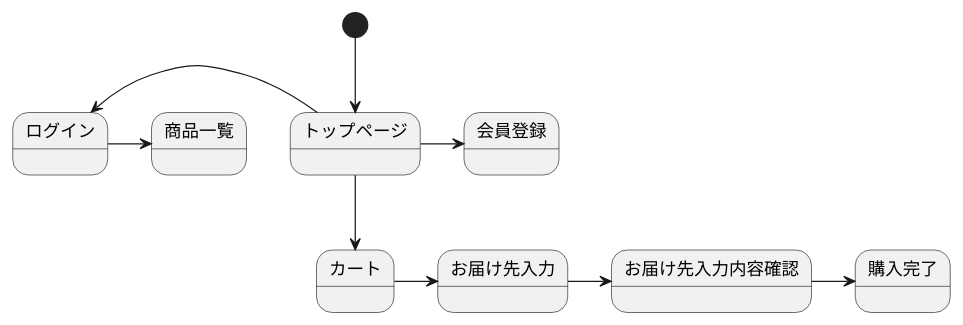
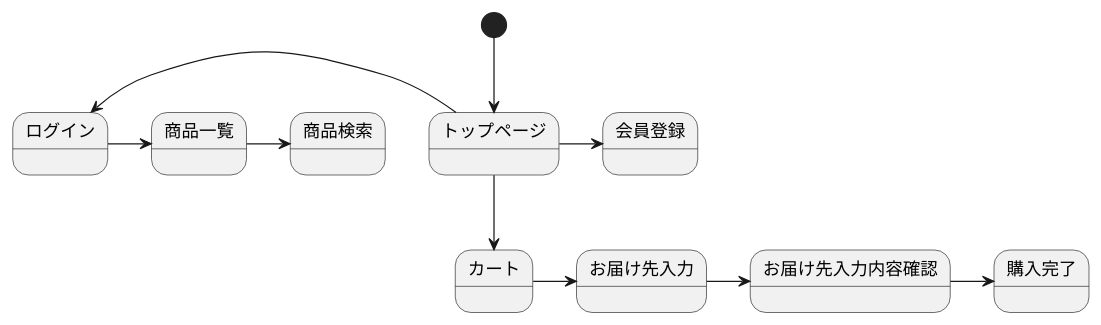
One commit to Aso2001379/2021sys-desing changed the diagram in kadai12.md. Above: the diagram before and after it, drawn with PlantUML.

````diff
--- a/kadai12.md
+++ b/kadai12.md
@@ -1,12 +1,13 @@
 ```uml
 @startuml
 [*] --> トップページ
 トップページ -> 会員登録
 トップページ -left-> ログイン
-ログイン ->商品一覧
+ログイン -> 商品一覧
+商品一覧 -> 商品検索
 トップページ --> カート
 カート -> お届け先入力
 お届け先入力 -> お届け先入力内容確認
 お届け先入力内容確認 -> 購入完了
 @enduml
 ```
````
